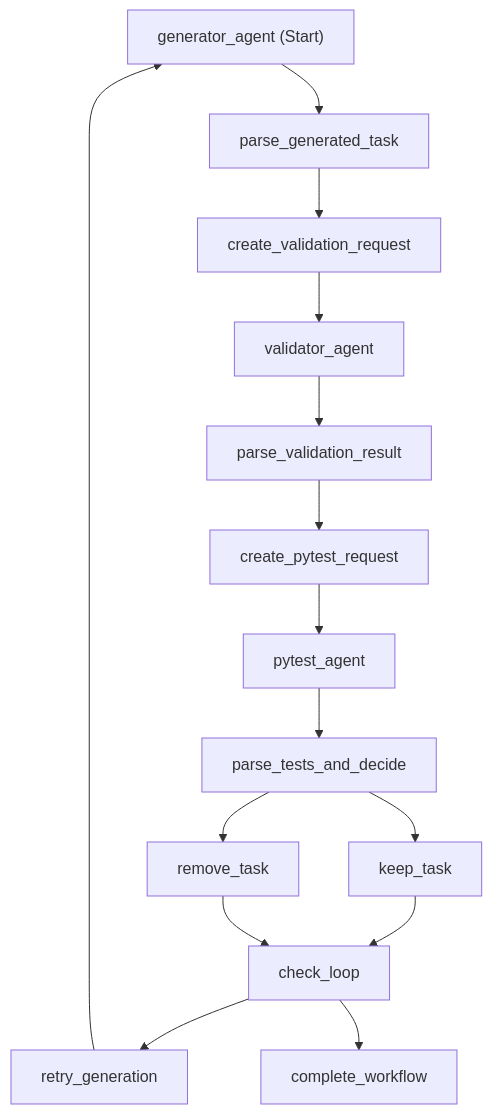
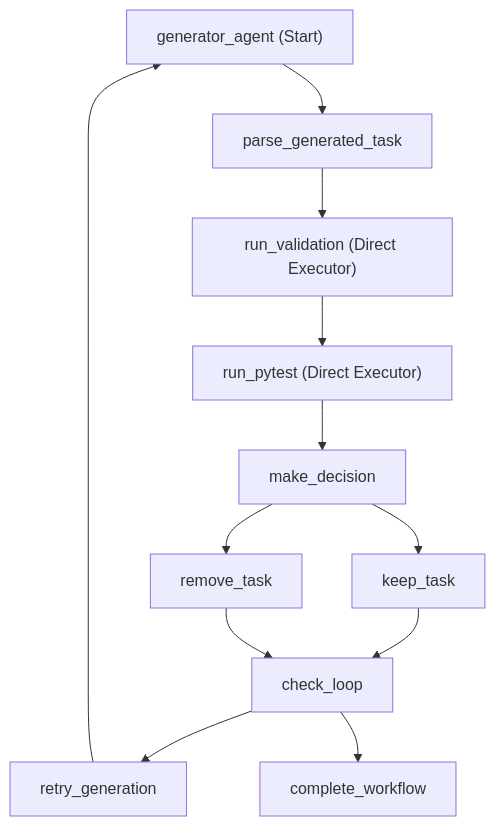
The diagram in WORKFLOW.md (wongcyrus/k8s-game-rule-builder), drawn with Mermaid before and after one commit. The commit also changed other lines of this file and 17 other files, not shown here.

````diff
--- a/WORKFLOW.md
+++ b/WORKFLOW.md
@@ -46,30 +46,24 @@
 ```mermaid
 flowchart TD
   generator_agent["generator_agent (Start)"];
   parse_generated_task["parse_generated_task"];
-  create_validation_request["create_validation_request"];
-  validator_agent["validator_agent"];
-  parse_validation_result["parse_validation_result"];
-  create_pytest_request["create_pytest_request"];
-  pytest_agent["pytest_agent"];
-  parse_tests_and_decide["parse_tests_and_decide"];
+  run_validation["run_validation (Direct Executor)"];
+  run_pytest["run_pytest (Direct Executor)"];
+  make_decision["make_decision"];
   keep_task["keep_task"];
   remove_task["remove_task"];
   check_loop["check_loop"];
   retry_generation["retry_generation"];
   complete_workflow["complete_workflow"];
   generator_agent --> parse_generated_task;
-  parse_generated_task --> create_validation_request;
-  create_validation_request --> validator_agent;
-  validator_agent --> parse_validation_result;
-  parse_validation_result --> create_pytest_request;
-  create_pytest_request --> pytest_agent;
-  pytest_agent --> parse_tests_and_decide;
-  parse_tests_and_decide --> keep_task;
-  parse_tests_and_decide --> remove_task;
+  parse_generated_task --> run_validation;
+  run_validation --> run_pytest;
+  run_pytest --> make_decision;
+  make_decision --> keep_task;
+  make_decision --> remove_task;
   keep_task --> check_loop;
   remove_task --> check_loop;
   check_loop --> retry_generation;
   check_loop --> complete_workflow;
   retry_generation --> generator_agent;
 ```
````
